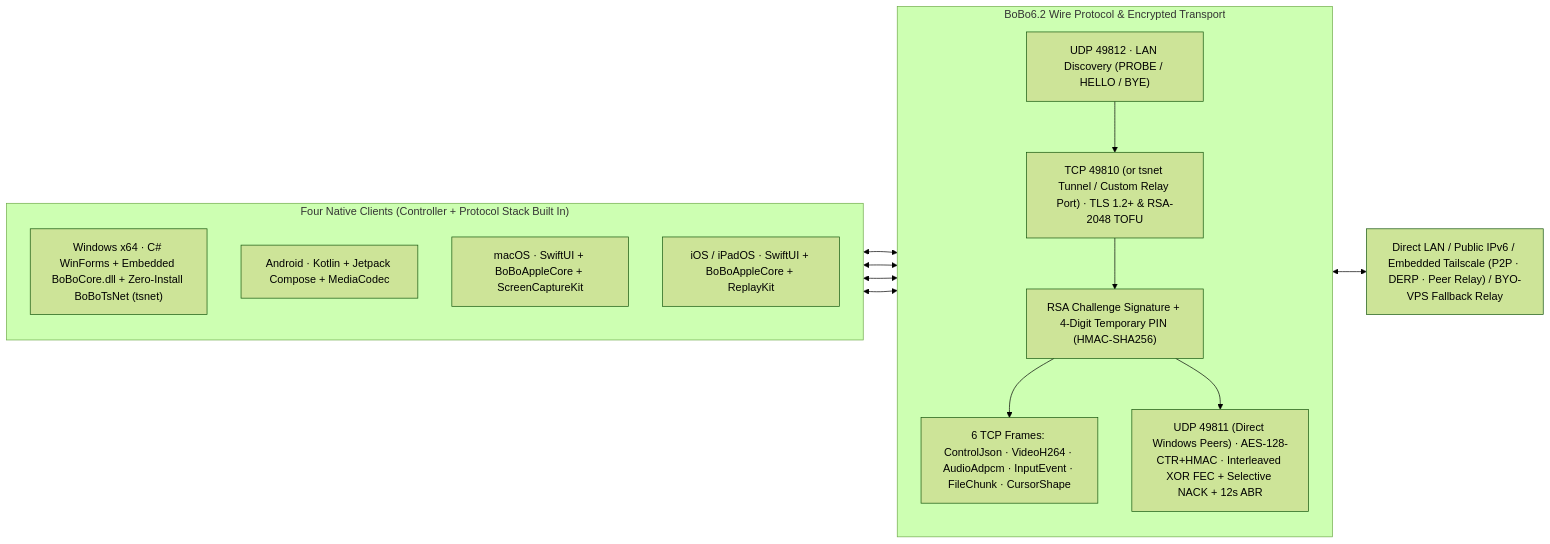
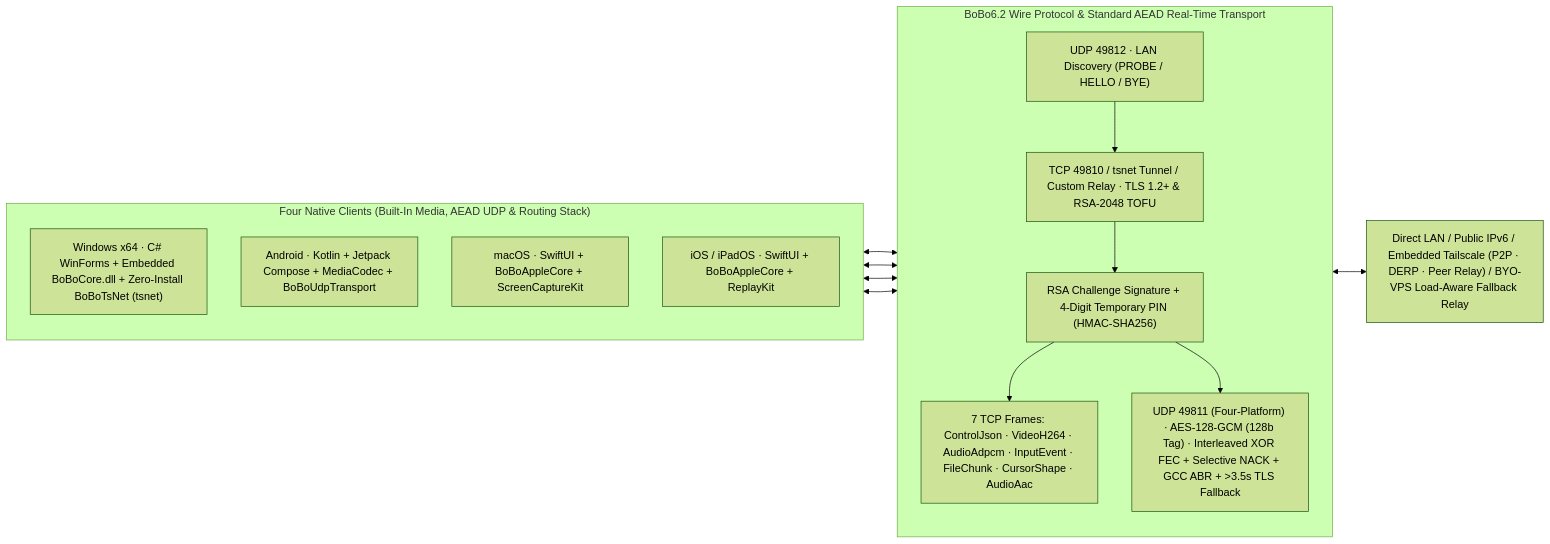
One commit to Gluxggg/BoBo-Remote changed the diagram in README.en.md. Above: the diagram before and after it, drawn with Mermaid (forest theme). The commit also changed other lines of this file and 41 other files, not shown here.

Commit message:
v7.3.0: Advance P1 (AES-128-GCM AEAD, GCC ABR, 4-platform UDP, AAC-LC), minimalist UI, and README rewrite

````diff
--- a/README.en.md
+++ b/README.en.md
@@ -123,29 +112,29 @@
 ```mermaid
 flowchart LR
-  subgraph CLIENTS["Four Native Clients (Controller + Protocol Stack Built In)"]
+  subgraph CLIENTS["Four Native Clients (Built-In Media, AEAD UDP & Routing Stack)"]
     direction TB
     WIN["Windows x64 · C# WinForms + Embedded BoBoCore.dll + Zero-Install BoBoTsNet (tsnet)"]
-    AND["Android · Kotlin + Jetpack Compose + MediaCodec"]
+    AND["Android · Kotlin + Jetpack Compose + MediaCodec + BoBoUdpTransport"]
     MAC["macOS · SwiftUI + BoBoAppleCore + ScreenCaptureKit"]
     IOS["iOS / iPadOS · SwiftUI + BoBoAppleCore + ReplayKit"]
   end
 
-  subgraph PROTO["BoBo6.2 Wire Protocol & Encrypted Transport"]
+  subgraph PROTO["BoBo6.2 Wire Protocol & Standard AEAD Real-Time Transport"]
     direction TB
     DISC["UDP 49812 · LAN Discovery (PROBE / HELLO / BYE)"]
-    TLS["TCP 49810 (or tsnet Tunnel / Custom Relay Port) · TLS 1.2+ & RSA-2048 TOFU"]
+    TLS["TCP 49810 / tsnet Tunnel / Custom Relay · TLS 1.2+ & RSA-2048 TOFU"]
     AUTH["RSA Challenge Signature + 4-Digit Temporary PIN (HMAC-SHA256)"]
-    FRAMES["6 TCP Frames: ControlJson · VideoH264 · AudioAdpcm · InputEvent · FileChunk · CursorShape"]
-    UDP["UDP 49811 (Direct Windows Peers) · AES-128-CTR+HMAC · Interleaved XOR FEC + Selective NACK + 12s ABR"]
+    FRAMES["7 TCP Frames: ControlJson · VideoH264 · AudioAdpcm · InputEvent · FileChunk · CursorShape · AudioAac"]
+    UDP["UDP 49811 (Four-Platform) · AES-128-GCM (128b Tag) · Interleaved XOR FEC + Selective NACK + GCC ABR + >3.5s TLS Fallback"]
     DISC --> TLS --> AUTH --> FRAMES
     AUTH --> UDP
   end
 
-  NET["Direct LAN / Public IPv6 / Embedded Tailscale (P2P · DERP · Peer Relay) / BYO-VPS Fallback Relay"]
+  NET["Direct LAN / Public IPv6 / Embedded Tailscale (P2P · DERP · Peer Relay) / BYO-VPS Load-Aware Fallback Relay"]
 
   WIN <--> PROTO
   AND <--> PROTO
   MAC <--> PROTO
   IOS <--> PROTO
   PROTO <--> NET
 ```
````
